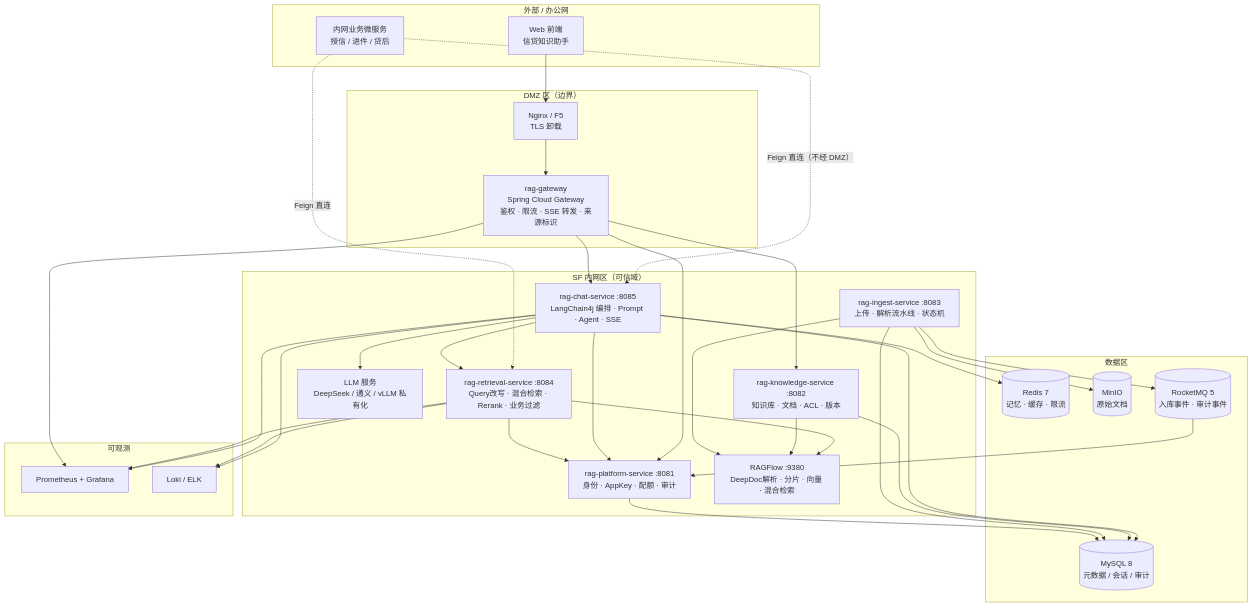
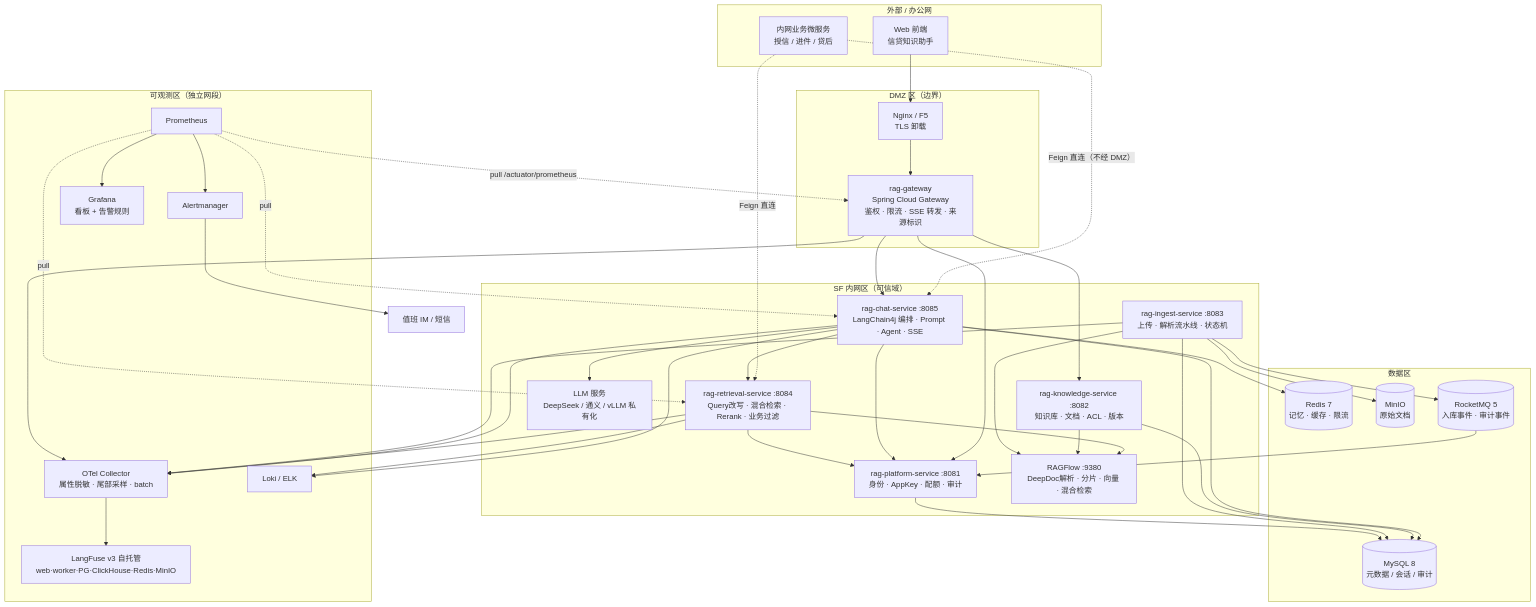
Before and after one commit to Victory1688/fintech-rag-platform: the first of 6 diagrams in docs/01-架构与技术落地方案.md, drawn with Mermaid. The commit also changed other lines of this file and 3 other files, not shown here.

````diff
--- a/docs/01-架构与技术落地方案.md
+++ b/docs/01-架构与技术落地方案.md
@@ -71,65 +95,81 @@
 ```mermaid
 flowchart TB
     subgraph EXT["外部 / 办公网"]
         WEB["Web 前端<br/>信贷知识助手"]
         BIZ["内网业务微服务<br/>授信 / 进件 / 贷后"]
     end
 
     subgraph DMZ["DMZ 区（边界）"]
         NGX["Nginx / F5<br/>TLS 卸载"]
         GW["rag-gateway<br/>Spring Cloud Gateway<br/>鉴权 · 限流 · SSE 转发 · 来源标识"]
     end
 
     subgraph SF["SF 内网区（可信域）"]
         CHAT["rag-chat-service :8085<br/>LangChain4j 编排 · Prompt · Agent · SSE"]
         RET["rag-retrieval-service :8084<br/>Query改写 · 混合检索 · Rerank · 业务过滤"]
         KNW["rag-knowledge-service :8082<br/>知识库 · 文档 · ACL · 版本"]
         ING["rag-ingest-service :8083<br/>上传 · 解析流水线 · 状态机"]
         PLT["rag-platform-service :8081<br/>身份 · AppKey · 配额 · 审计"]
         RAGFLOW["RAGFlow :9380<br/>DeepDoc解析 · 分片 · 向量 · 混合检索"]
         LLM["LLM 服务<br/>DeepSeek / 通义 / vLLM 私有化"]
     end
 
     subgraph DATA["数据区"]
         MYSQL[("MySQL 8<br/>元数据 / 会话 / 审计")]
         REDIS[("Redis 7<br/>记忆 · 缓存 · 限流")]
         MINIO[("MinIO<br/>原始文档")]
         MQ[("RocketMQ 5<br/>入库事件 · 审计事件")]
     end
 
-    subgraph OBS["可观测"]
-        PROM["Prometheus + Grafana"]
+    subgraph OBS["可观测区（独立网段）"]
+        COLO["OTel Collector<br/>属性脱敏 · 尾部采样 · batch"]
+        PROM["Prometheus"]
+        AM["Alertmanager"]
+        GRAF["Grafana<br/>看板 + 告警规则"]
         LOKI["Loki / ELK"]
+        LF["LangFuse v3 自托管<br/>web·worker·PG·ClickHouse·Redis·MinIO"]
     end
+
+    IM["值班 IM / 短信"]
 
     WEB --> NGX
     BIZ -. "Feign 直连（不经 DMZ）" .-> CHAT
     NGX --> GW
     GW --> CHAT
     GW --> KNW
     GW --> PLT
     BIZ -. "Feign 直连" .-> RET
 
     CHAT --> RET
     CHAT --> PLT
     RET --> RAGFLOW
     RET --> PLT
     KNW --> RAGFLOW
     ING --> RAGFLOW
     ING --> MINIO
     ING --> MQ
     CHAT --> LLM
 
     CHAT --> MYSQL
     CHAT --> REDIS
     KNW --> MYSQL
     ING --> MYSQL
     PLT --> MYSQL
     MQ --> PLT
 
-    CHAT --> PROM
-    RET --> PROM
-    GW --> PROM
+    %% 链路与指标：6 个服务全部推 OTLP 给 Collector（图中只画代表性几条）
+    GW --> COLO
+    CHAT --> COLO
+    RET --> COLO
+    ING --> COLO
+    COLO --> LF
+    %% Prometheus 是 pull 模型：直拉各服务 /actuator/prometheus，Collector 不转发指标
+    PROM -. "pull /actuator/prometheus" .-> GW
+    PROM -. "pull" .-> CHAT
+    PROM -. "pull" .-> RET
+    PROM --> GRAF
+    PROM --> AM
+    AM --> IM
     CHAT --> LOKI
     RET --> LOKI
 ```
````
